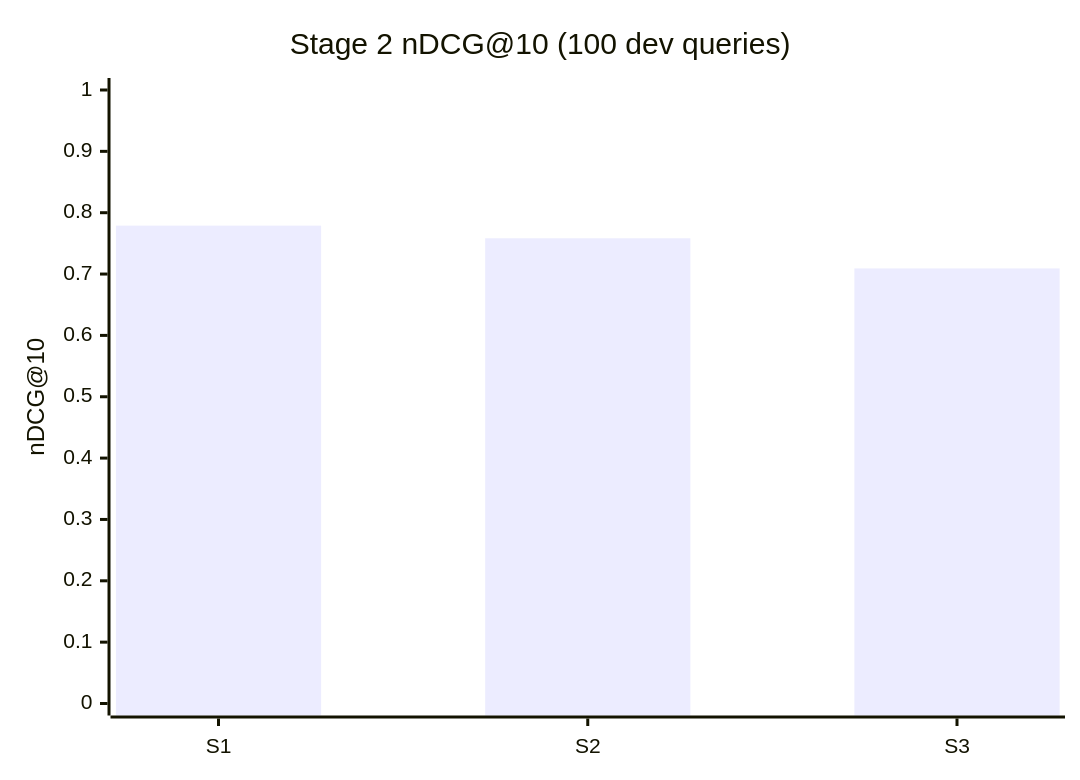
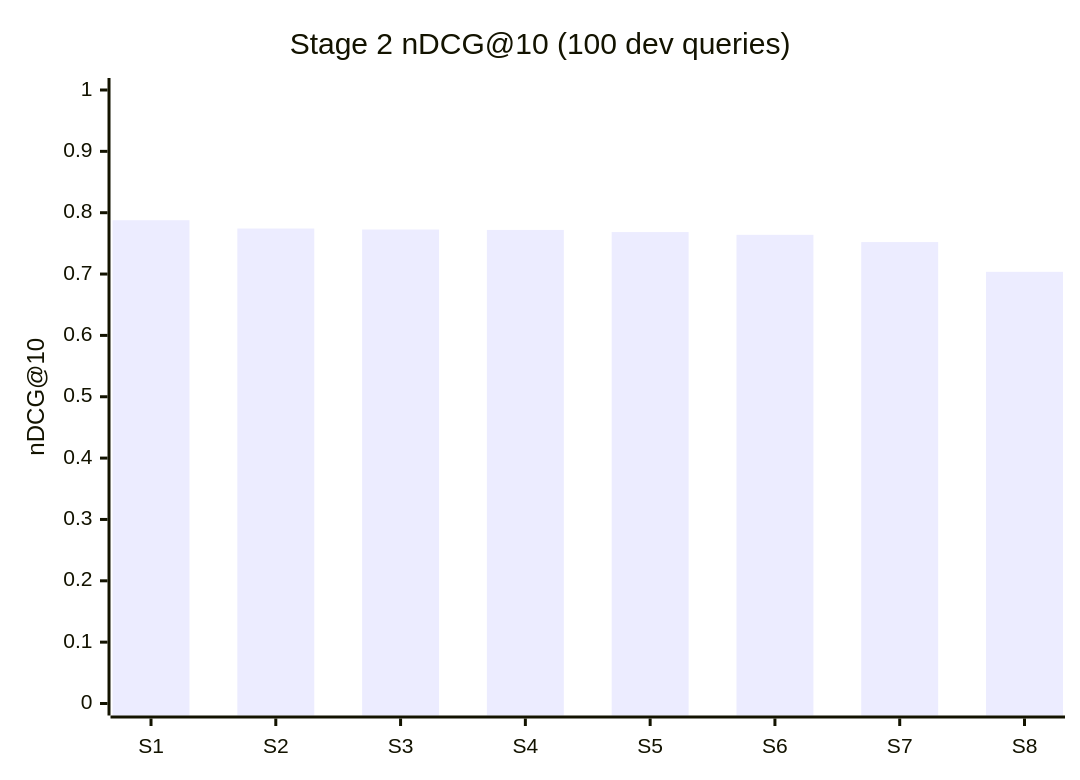
Before and after one commit to sidagarwal-labs/arxiv-search: the third of 3 diagrams in docs/06-charts.md, drawn with Mermaid. The commit also changed other lines of this file and 14 other files, not shown here.

````diff
--- a/docs/06-charts.md
+++ b/docs/06-charts.md
@@ -57,7 +58,7 @@
 ```mermaid
 xychart-beta
     title "Stage 2 nDCG@10 (100 dev queries)"
-    x-axis [S1, S2, S3]
+    x-axis [S1, S2, S3, S4, S5, S6, S7, S8]
     y-axis "nDCG@10" 0 --> 1
-    bar [0.7789, 0.7583, 0.7092]
+    bar [0.7877, 0.7742, 0.7726, 0.7719, 0.7684, 0.7639, 0.7521, 0.7036]
 ```
````
